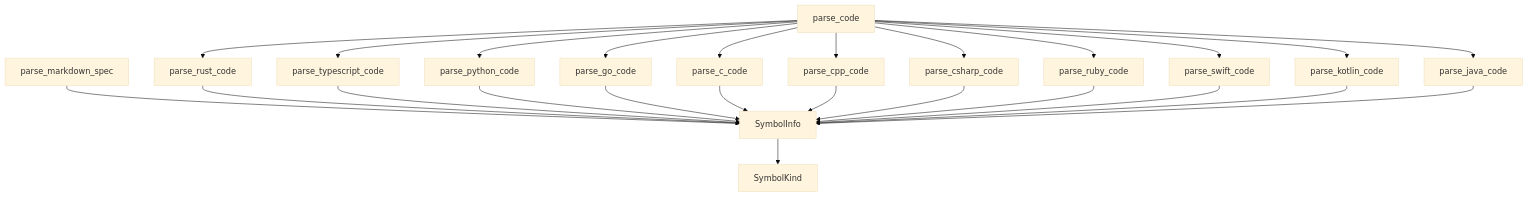
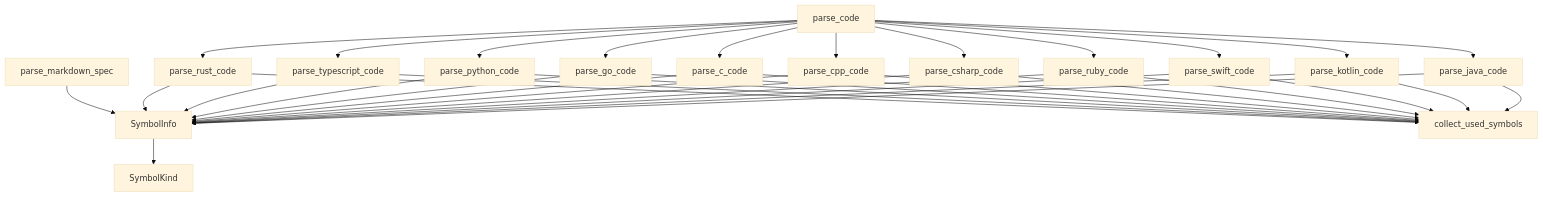
Before and after one commit to DovahkiinYuzuko/DocsAuditor: the diagram in docs/variables'n'functions/[Rust]parser.md, drawn with Mermaid (base theme). The commit also changed other lines of this file and 3 other files, not shown here.

````diff
--- a/docs/variables'n'functions/[Rust]parser.md
+++ b/docs/variables'n'functions/[Rust]parser.md
@@ -138,27 +149,38 @@
 ```mermaid
 graph TD
     parse_markdown_spec --> SymbolInfo
     parse_code --> parse_rust_code
     parse_code --> parse_typescript_code
     parse_code --> parse_python_code
     parse_code --> parse_go_code
     parse_code --> parse_c_code
     parse_code --> parse_cpp_code
     parse_code --> parse_csharp_code
     parse_code --> parse_ruby_code
     parse_code --> parse_swift_code
     parse_code --> parse_kotlin_code
     parse_code --> parse_java_code
     parse_rust_code --> SymbolInfo
     parse_typescript_code --> SymbolInfo
     parse_python_code --> SymbolInfo
     parse_go_code --> SymbolInfo
     parse_c_code --> SymbolInfo
     parse_cpp_code --> SymbolInfo
     parse_csharp_code --> SymbolInfo
     parse_ruby_code --> SymbolInfo
     parse_swift_code --> SymbolInfo
     parse_kotlin_code --> SymbolInfo
     parse_java_code --> SymbolInfo
+    parse_rust_code --> collect_used_symbols
+    parse_typescript_code --> collect_used_symbols
+    parse_python_code --> collect_used_symbols
+    parse_go_code --> collect_used_symbols
+    parse_c_code --> collect_used_symbols
+    parse_cpp_code --> collect_used_symbols
+    parse_csharp_code --> collect_used_symbols
+    parse_ruby_code --> collect_used_symbols
+    parse_swift_code --> collect_used_symbols
+    parse_kotlin_code --> collect_used_symbols
+    parse_java_code --> collect_used_symbols
     SymbolInfo --> SymbolKind
 ```
````
